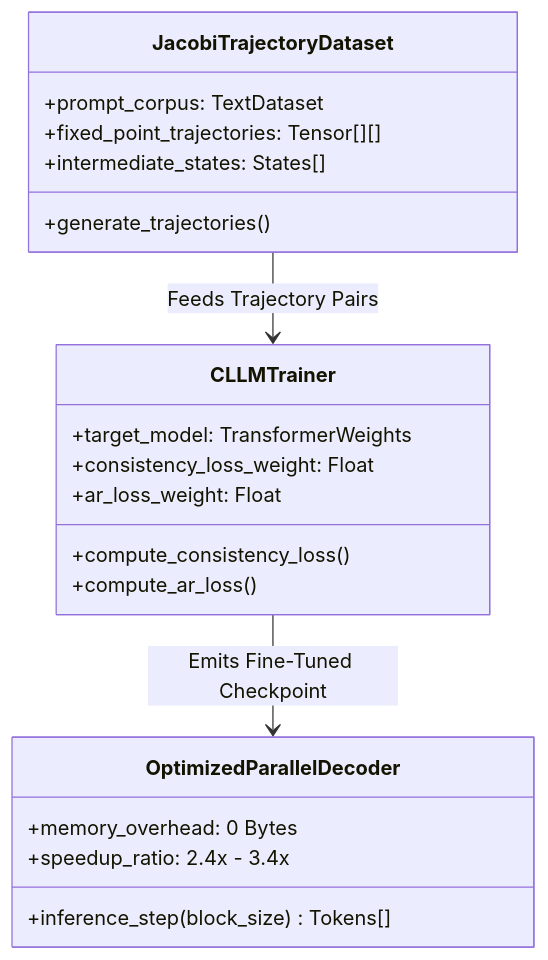
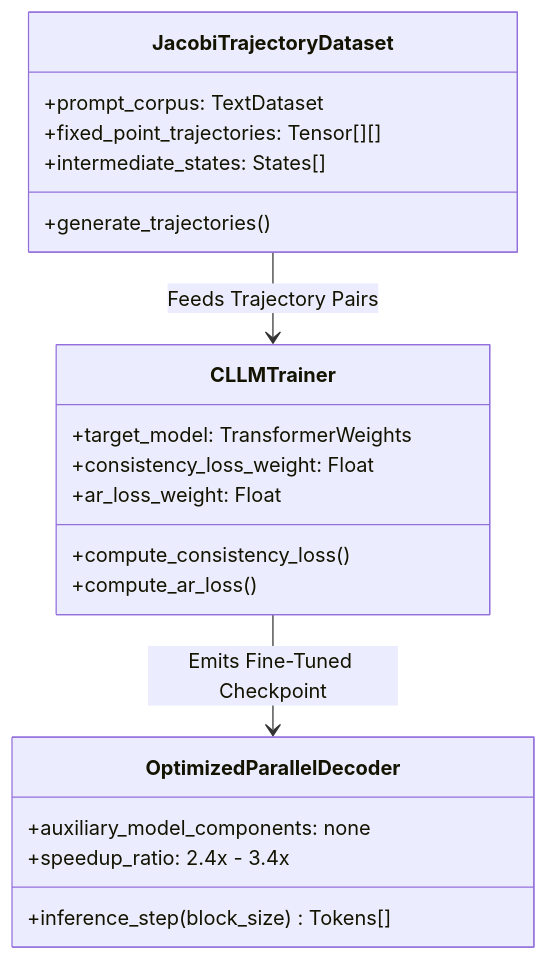
Before and after one commit to akillness/akillness.github.io: the third of 3 diagrams in _posts/2024/05/2024-05-12-consistency-llm.md, drawn with Mermaid. The commit also changed other lines of this file, not shown here.

````diff
--- a/_posts/2024/05/2024-05-12-consistency-llm.md
+++ b/_posts/2024/05/2024-05-12-consistency-llm.md
@@ -76,23 +90,23 @@
 ```mermaid
 classDiagram
     class JacobiTrajectoryDataset {
         +prompt_corpus: TextDataset
         +fixed_point_trajectories: Tensor[][]
         +intermediate_states: States[]
         +generate_trajectories()
     }
     class CLLMTrainer {
         +target_model: TransformerWeights
         +consistency_loss_weight: Float
         +ar_loss_weight: Float
         +compute_consistency_loss()
         +compute_ar_loss()
     }
     class OptimizedParallelDecoder {
         +inference_step(block_size) Tokens[]
-        +memory_overhead: 0 Bytes
+        +auxiliary_model_components: none
         +speedup_ratio: 2.4x - 3.4x
     }
     JacobiTrajectoryDataset --> CLLMTrainer : Feeds Trajectory Pairs
     CLLMTrainer --> OptimizedParallelDecoder : Emits Fine-Tuned Checkpoint
 ```
````
